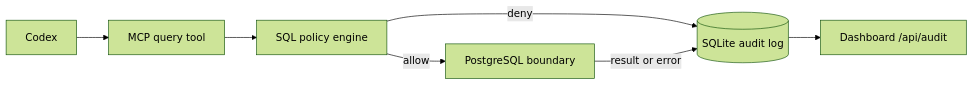
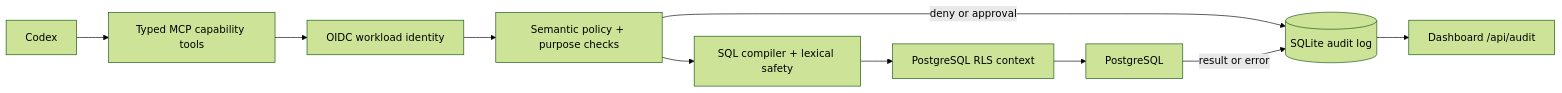
Before and after one commit to joyedz/SentiQL: the diagram in README.md, drawn with Mermaid (forest theme). The commit also changed other lines of this file and 3 other files, not shown here.

````diff
--- a/README.md
+++ b/README.md
@@ -52,9 +52,12 @@
 ```mermaid
 flowchart LR
-  C[Codex] --> M[MCP query tool]
-  M --> P[SQL policy engine]
-  P -->|deny| A[(SQLite audit log)]
-  P -->|allow| D[PostgreSQL boundary]
+  C[Codex] --> M[Typed MCP capability tools]
+  M --> I[OIDC workload identity]
+  I --> P[Semantic policy + purpose checks]
+  P -->|deny or approval| A[(SQLite audit log)]
+  P --> S[SQL compiler + lexical safety]
+  S --> R[PostgreSQL RLS context]
+  R --> D[PostgreSQL]
   D -->|result or error| A
   A --> H[Dashboard /api/audit]
 ```
````
